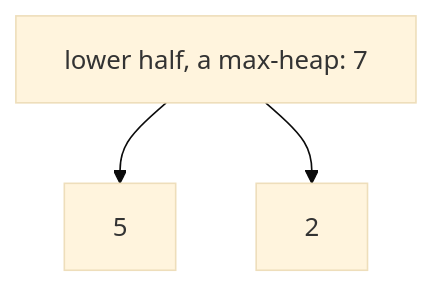
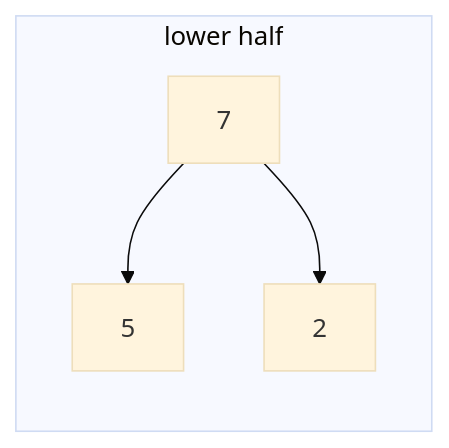
Before and after one commit to bkuberek/coding-study: the first of 2 diagrams in guides/heap-patterns/guide.md, drawn with Mermaid (base theme). The commit also changed other lines of this file and 27 other files, not shown here.

````diff
--- a/guides/heap-patterns/guide.md
+++ b/guides/heap-patterns/guide.md
@@ -113,7 +113,10 @@
 ```mermaid
-flowchart TD
+flowchart LR
   accTitle: The lower half, a max-heap
   accDescr: The lower half holds 2, 5 and 7 as a max-heap: 7 is the root, with 5 and 2 below it.
-  l7["lower half, a max-heap: 7"] --> l5["5"]
-  l7 --> l2["2"]
+  subgraph lower["lower half"]
+    direction TB
+    l7["7"] --> l5["5"]
+    l7 --> l2["2"]
+  end
 ```
````
